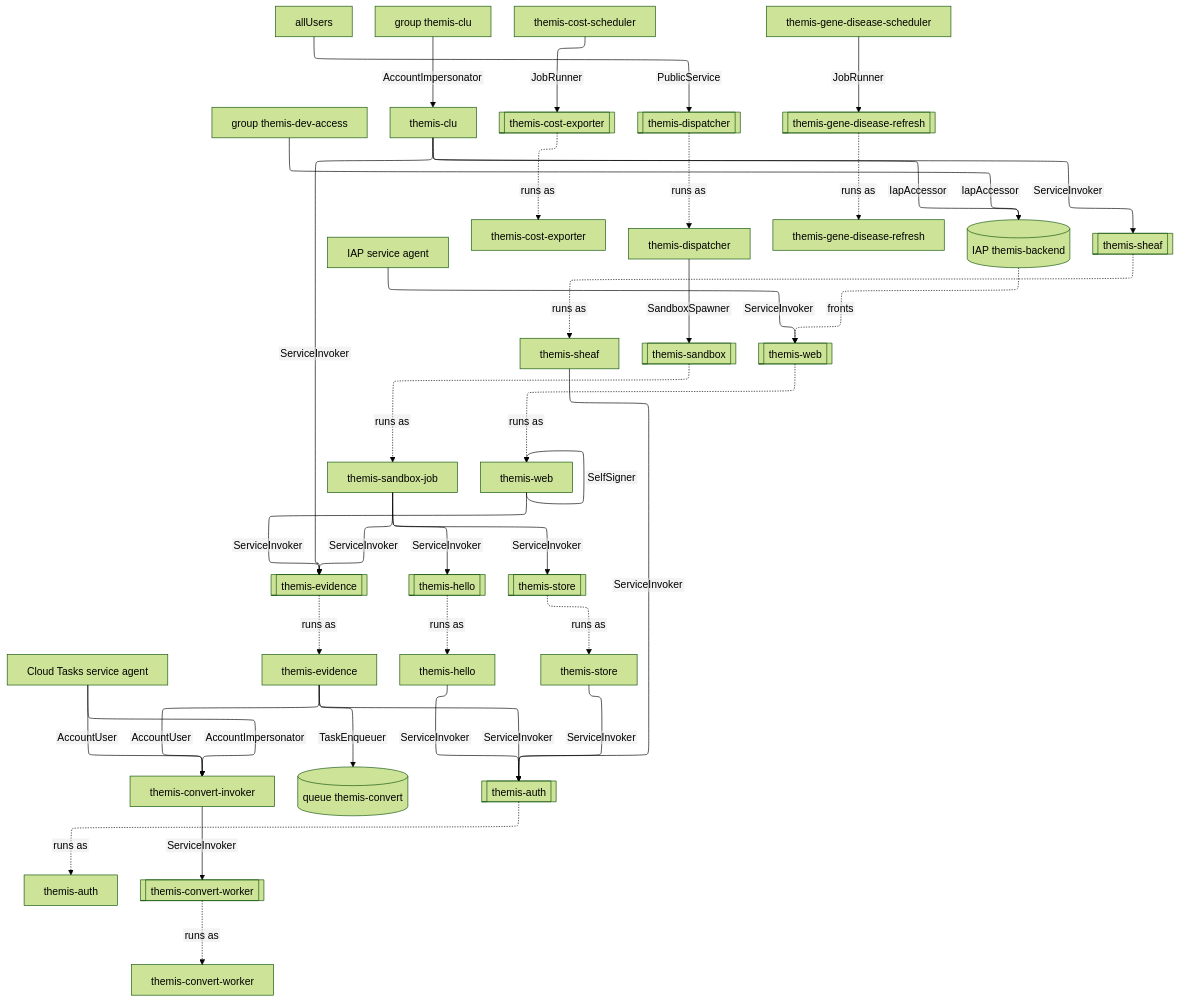
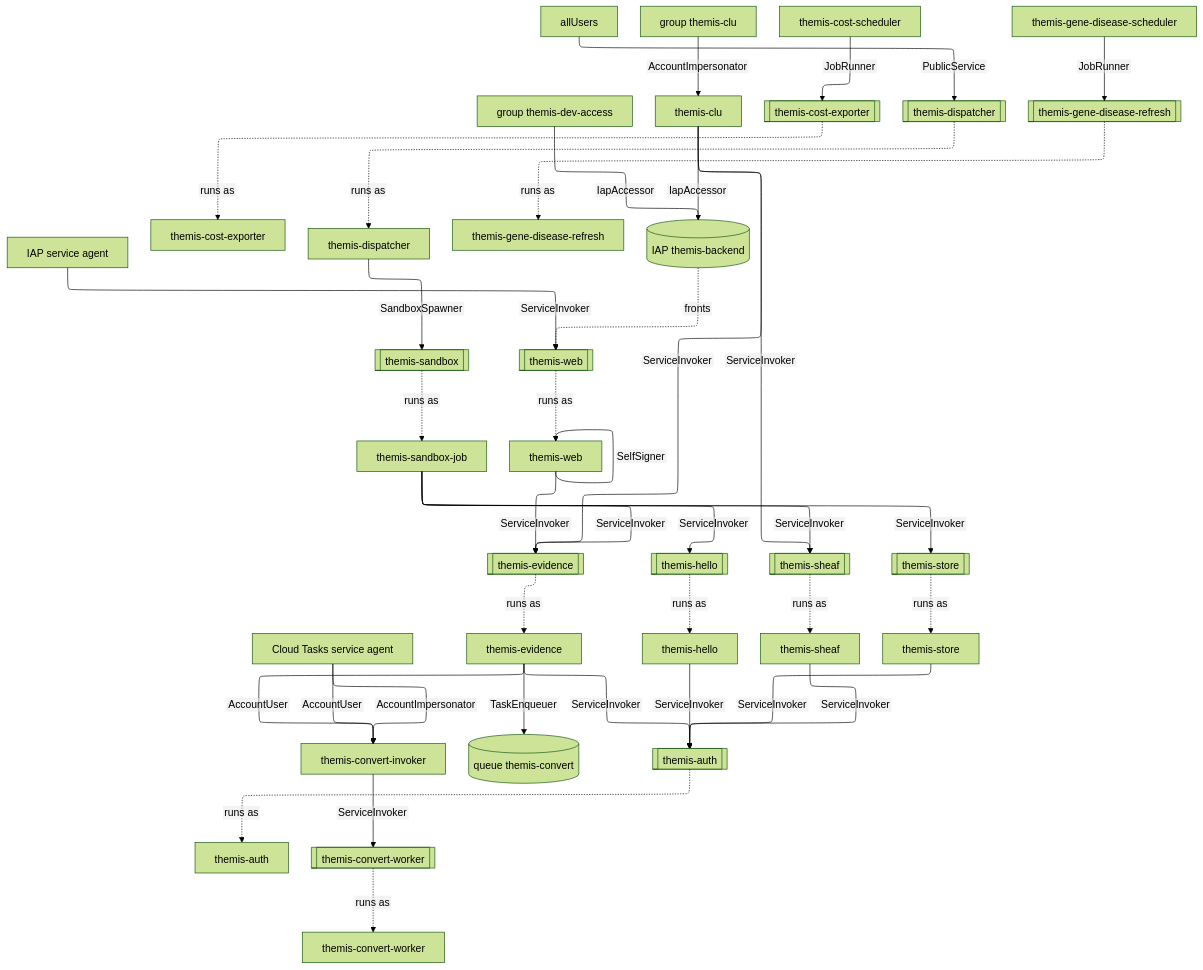
The diagram in docs/design/grants/calls.mmd (populationgenomics/themis), drawn with Mermaid (forest theme) before and after one commit. The commit also changed 33 other files, not shown here.

```diff
--- a/docs/design/grants/calls.mmd
+++ b/docs/design/grants/calls.mmd
@@ -1,71 +1,72 @@
 %%{init: {"layout": "elk", "elk": {"mergeEdges": true, "nodePlacementStrategy": "NETWORK_SIMPLEX"}, "htmlLabels": false, "flowchart": {"htmlLabels": false, "wrappingWidth": 320}}}%%
 flowchart TB
     n0["Cloud Tasks service agent"]
     n1["IAP service agent"]
     n2["allUsers"]
     n3["group themis-clu"]
     n4["group themis-dev-access"]
     n5["themis-auth"]
     n6["themis-clu"]
     n7["themis-convert-invoker"]
     n8["themis-convert-worker"]
     n9["themis-cost-exporter"]
     n10["themis-cost-scheduler"]
     n11["themis-dispatcher"]
     n12["themis-evidence"]
     n13["themis-gene-disease-refresh"]
     n14["themis-gene-disease-scheduler"]
     n15["themis-hello"]
     n16["themis-sandbox-job"]
     n17["themis-sheaf"]
     n18["themis-store"]
     n19["themis-web"]
     n20[("IAP themis-backend")]
     n21[("queue themis-convert")]
     n22[["themis-auth"]]
     n23[["themis-convert-worker"]]
     n24[["themis-cost-exporter"]]
     n25[["themis-dispatcher"]]
     n26[["themis-evidence"]]
     n27[["themis-gene-disease-refresh"]]
     n28[["themis-hello"]]
     n29[["themis-sandbox"]]
     n30[["themis-sheaf"]]
     n31[["themis-store"]]
     n32[["themis-web"]]
     n0 -->|AccountImpersonator| n7
     n0 -->|AccountUser| n7
     n1 -->|ServiceInvoker| n32
     n2 -->|PublicService| n25
     n3 -->|AccountImpersonator| n6
     n4 -->|IapAccessor| n20
     n6 -->|IapAccessor| n20
     n6 -->|ServiceInvoker| n26
     n6 -->|ServiceInvoker| n30
     n7 -->|ServiceInvoker| n23
     n10 -->|JobRunner| n24
     n11 -->|SandboxSpawner| n29
     n12 -->|AccountUser| n7
     n12 -->|ServiceInvoker| n22
     n12 -->|TaskEnqueuer| n21
     n14 -->|JobRunner| n27
     n15 -->|ServiceInvoker| n22
     n16 -->|ServiceInvoker| n26
     n16 -->|ServiceInvoker| n28
+    n16 -->|ServiceInvoker| n30
     n16 -->|ServiceInvoker| n31
     n17 -->|ServiceInvoker| n22
     n18 -->|ServiceInvoker| n22
     n19 -->|SelfSigner| n19
     n19 -->|ServiceInvoker| n26
     n20 -. fronts .-> n32
     n22 -. runs as .-> n5
     n23 -. runs as .-> n8
     n24 -. runs as .-> n9
     n25 -. runs as .-> n11
     n26 -. runs as .-> n12
     n27 -. runs as .-> n13
     n28 -. runs as .-> n15
     n29 -. runs as .-> n16
     n30 -. runs as .-> n17
     n31 -. runs as .-> n18
     n32 -. runs as .-> n19
```
